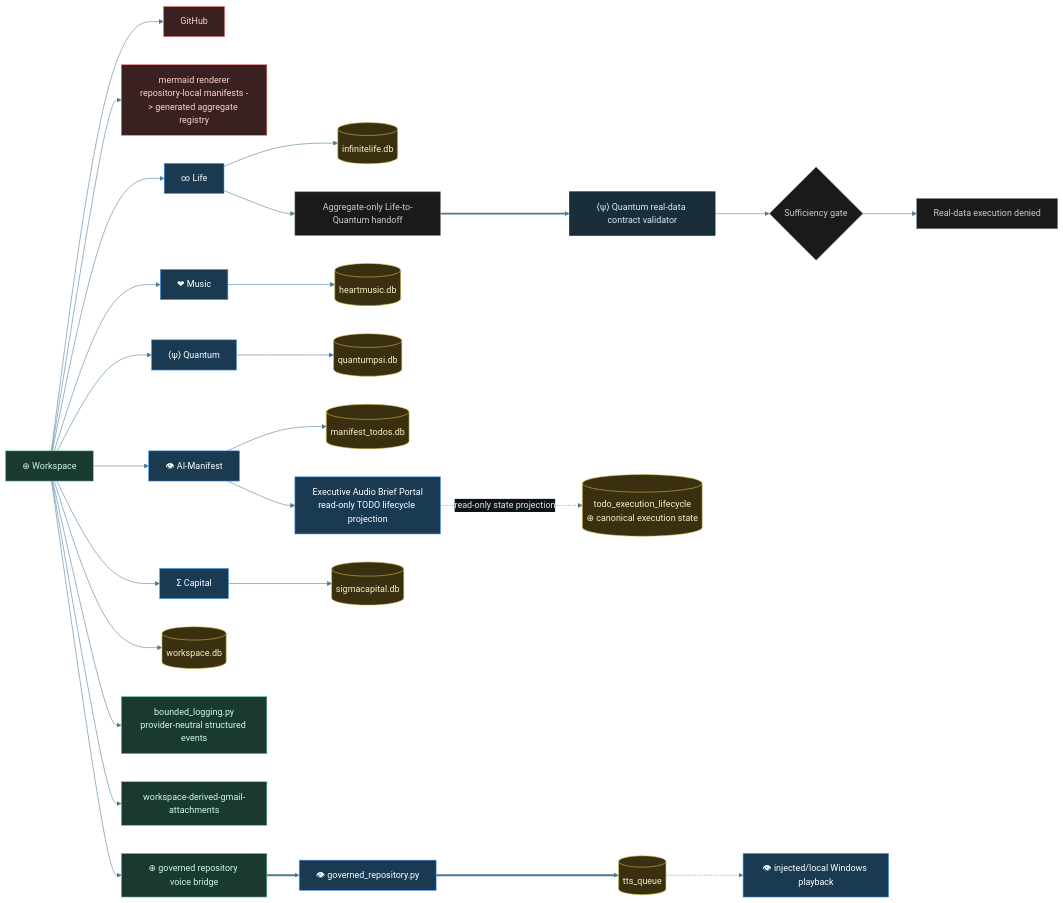
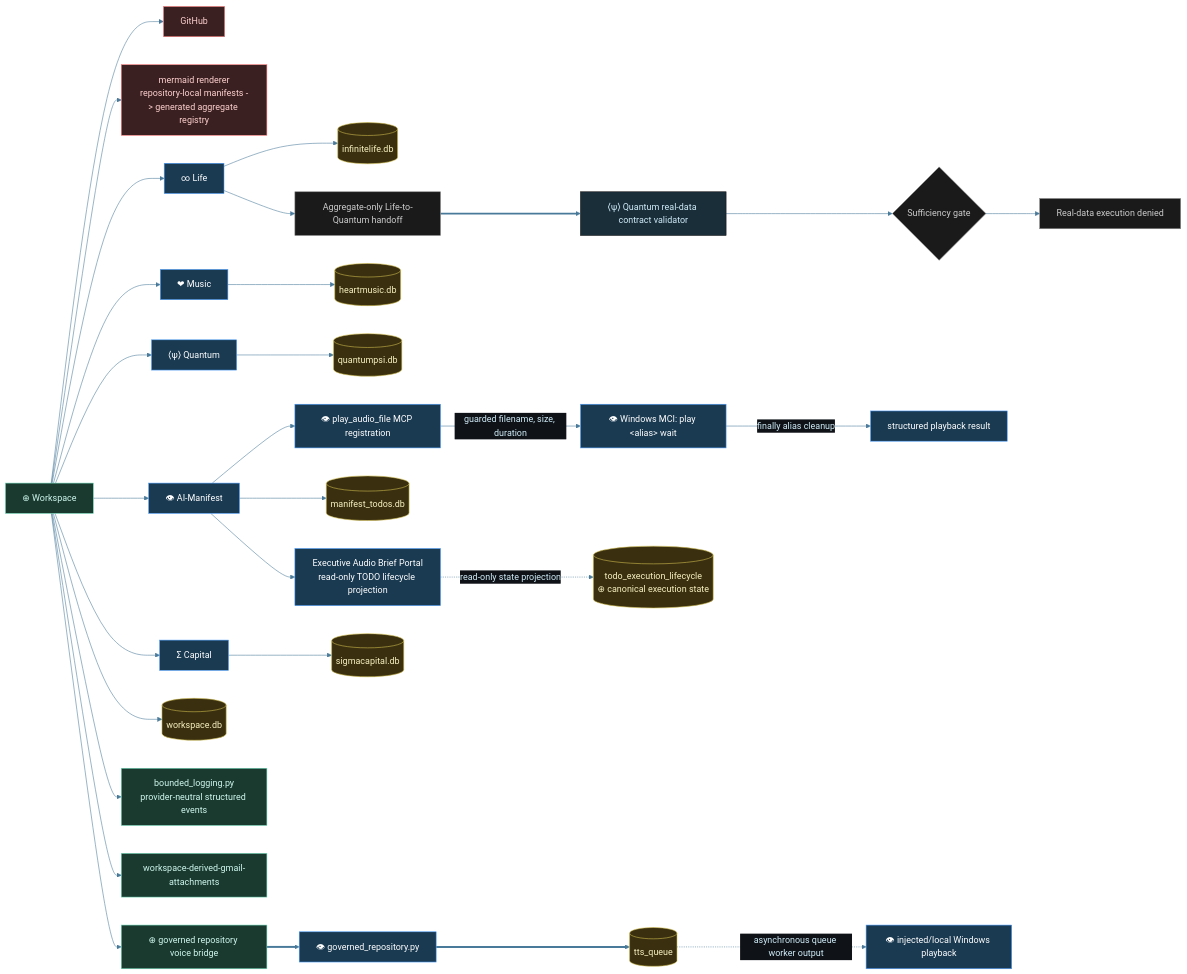
The diagram in diagrams/workspace-integrations.mmd (tylerdrakemusic/-Workspace), drawn with Mermaid before and after one commit.

Commit message:
⊕ workspace: integrate synchronous playback diagram repair

```diff
--- a/diagrams/workspace-integrations.mmd
+++ b/diagrams/workspace-integrations.mmd
@@ -1,45 +1,48 @@
 %%{init: {'theme': 'base', 'themeVariables': {'primaryColor': '#1a2e3a', 'primaryTextColor': '#d0ecf8', 'edgeLabelBackground': '#0f1318', 'lineColor': '#4a7a9a'}}}%%
 %% is_derived_view=false
 %% Traceability.derived_views: diagrams/workspace-derived-services.mmd, diagrams/workspace-derived-backup-and-coordination.mmd, diagrams/workspace-derived-gmail-attachments.mmd
 %% Traceability.derived_views: diagrams/workspace-derived-services.mmd, diagrams/workspace-derived-backup-and-coordination.mmd, diagrams/workspace-derived-repository-voice.mmd
 graph LR
     Workspace[⊕ Workspace] --> GitHub[GitHub]
     Workspace --> Mermaid[mermaid renderer<br/>repository-local manifests -> generated aggregate registry]
     Workspace --> Life[∞ Life]
     Workspace --> Music[❤ Music]
     Workspace --> Quantum[⟨ψ⟩ Quantum]
     Workspace --> Manifest[👁 AI-Manifest]
     Workspace --> Capital[Σ Capital]
     Workspace --> WSDB[(workspace.db)]
     Workspace --> BoundedLogging[bounded_logging.py<br/>provider-neutral structured events]
     Workspace --> GmailAttachments[workspace-derived-gmail-attachments]
     Workspace --> OverseerAlert[⊕ governed repository voice bridge]
     OverseerAlert ==> ManifestAlertCapability[👁 governed_repository.py]
     ManifestAlertCapability ==> TTSQueue[(tts_queue)]
-    TTSQueue -.-> LocalPlayback[👁 injected/local Windows playback]
+    TTSQueue -.->|asynchronous queue worker output| LocalPlayback[👁 injected/local Windows playback]
+    Manifest --> PlayAudioMCP[👁 play_audio_file MCP registration]
+    PlayAudioMCP -->|guarded filename, size, duration| DirectPlayback[👁 Windows MCI: play &lt;alias&gt; wait]
+    DirectPlayback -->|finally alias cleanup| PlaybackResult[structured playback result]
     Life --> LifeDB[(infinitelife.db)]
     Music --> MusicDB[(heartmusic.db)]
     Quantum --> QDB[(quantumpsi.db)]
     Manifest --> ManifestDB[(manifest_todos.db)]
     Manifest --> ManifestBriefPortal[Executive Audio Brief Portal<br/>read-only TODO lifecycle projection]
     ManifestBriefPortal -.->|read-only state projection| TodoExecutionLifecycle[(todo_execution_lifecycle<br/>⊕ canonical execution state)]
     Capital --> CapitalDB[(sigmacapital.db)]
     Life --> AggregateHandoff[Aggregate-only Life-to-Quantum handoff]
     AggregateHandoff ==> QuantumValidator[⟨ψ⟩ Quantum real-data contract validator]
     QuantumValidator --> SufficiencyGate{Sufficiency gate}
     SufficiencyGate --> ExecutionDenied[Real-data execution denied]
     class Workspace,GmailAttachments,BoundedLogging,OverseerAlert ws
     class Life,Music,Quantum,Manifest,Capital orch
-    class ManifestAlertCapability,ManifestBriefPortal,LocalPlayback orch
+    class ManifestAlertCapability,ManifestBriefPortal,LocalPlayback,PlayAudioMCP,DirectPlayback,PlaybackResult orch
     class AggregateHandoff,SufficiencyGate,ExecutionDenied state
     class GitHub,Mermaid ext
     class WSDB,LifeDB,MusicDB,QDB,ManifestDB,TodoExecutionLifecycle,CapitalDB,TTSQueue db
 classDef life     fill:#1a2e3a,stroke:#6ab4d4,color:#d0ecf8
 classDef music    fill:#3a1a24,stroke:#d47a8f,color:#f8d0dc
 classDef quantum  fill:#251a3a,stroke:#a07adf,color:#e8d0f8
 classDef manifest fill:#3a2e1a,stroke:#d4a96a,color:#f8ead0
 classDef ws       fill:#1a3a30,stroke:#6ad4b4,color:#d0f8ee
 classDef orch     fill:#1a3a52,stroke:#4a9eff,color:#fff
 classDef ext      fill:#3a2020,stroke:#ff7a7a,color:#ffd0d0
 classDef db       fill:#3a3010,stroke:#d4c050,color:#f8f0c0
 classDef state    fill:#1a1a1a,stroke:#888888,color:#cccccc
```
